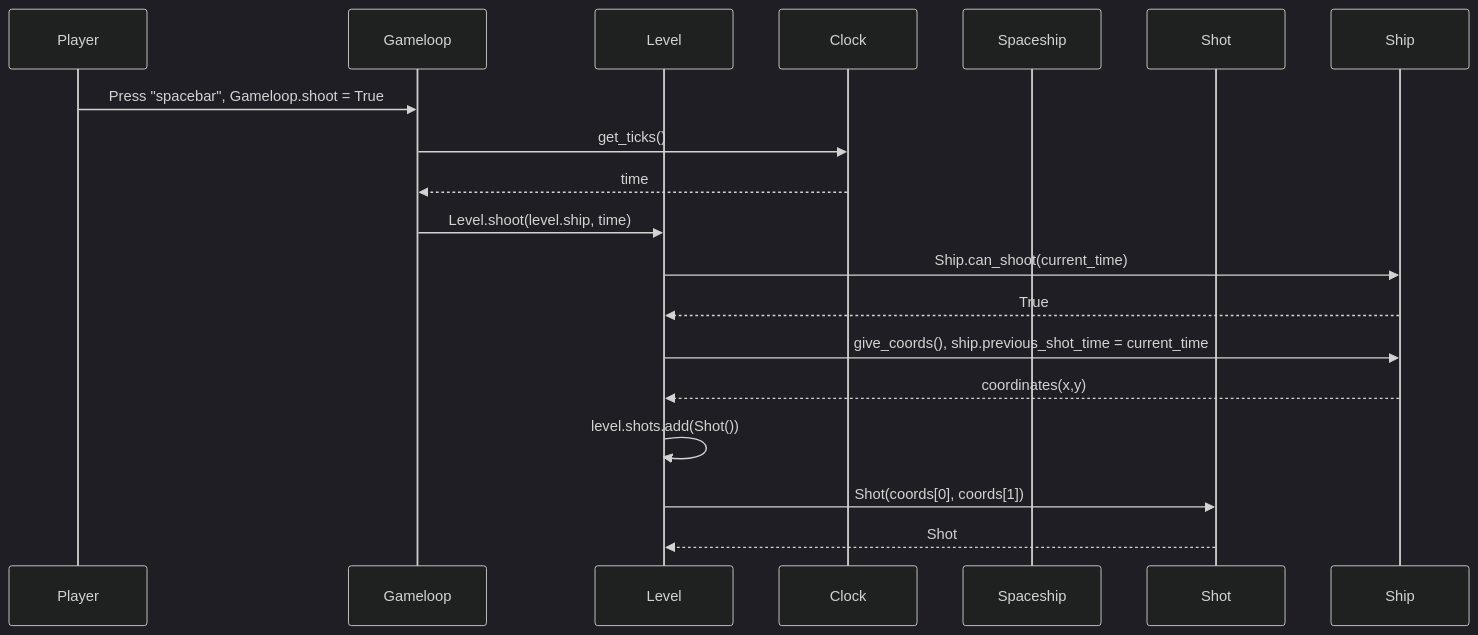
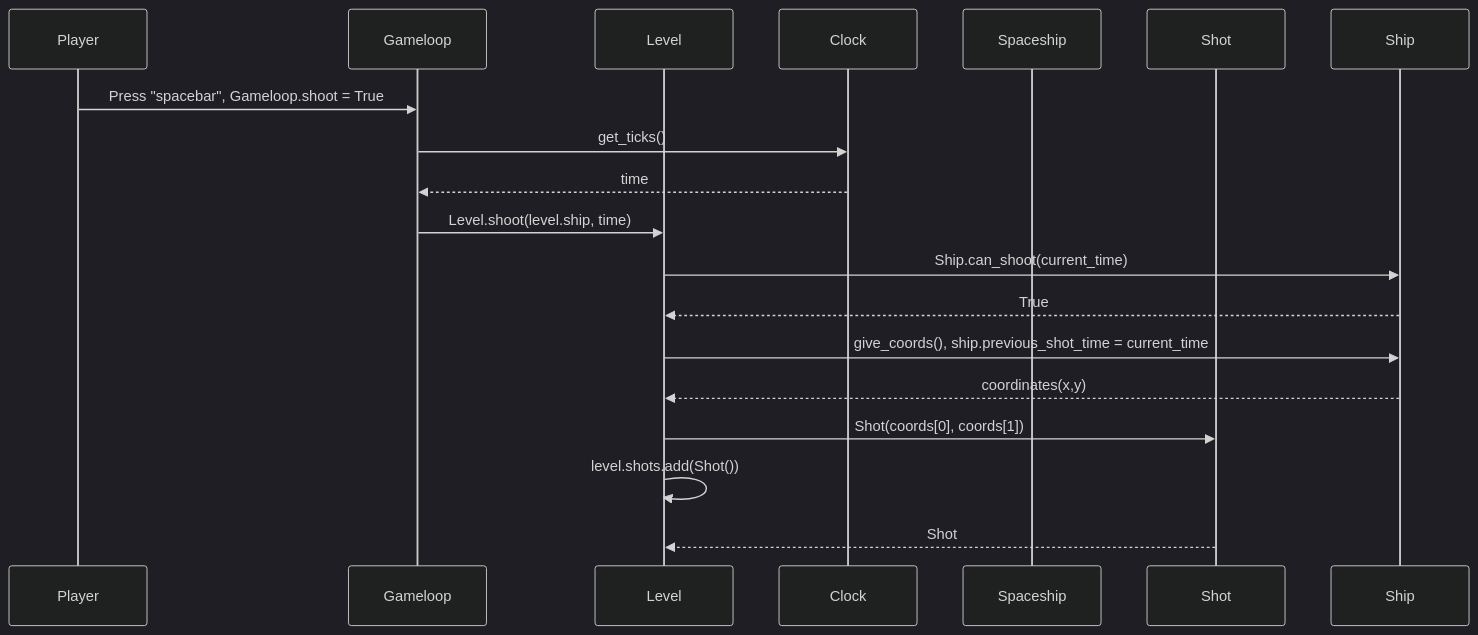
One commit to arolaeemil/ot-harjoitustyo changed the second of 2 diagrams in python-space-invaders/dokumentaatio/arkkitehtuuri.md. Above: the diagram before and after it, drawn with Mermaid (dark theme). The commit also changed other lines of this file, not shown here.

````diff
--- a/python-space-invaders/dokumentaatio/arkkitehtuuri.md
+++ b/python-space-invaders/dokumentaatio/arkkitehtuuri.md
@@ -37,22 +37,22 @@
 ```mermaid
  sequenceDiagram
   participant Player
   participant Gameloop
   participant Level
   participant Clock
   participant Spaceship
   participant Shot
 
   Player ->> Gameloop: Press "spacebar", Gameloop.shoot = True
   Gameloop ->> Clock: get_ticks()
   Clock -->> Gameloop: time
   Gameloop ->> Level: Level.shoot(level.ship, time)
   Level ->> Ship: Ship.can_shoot(current_time)
   Ship -->> Level: True
   Level ->> Ship: give_coords(), ship.previous_shot_time = current_time
   Ship -->> Level: coordinates(x,y)
+  Level ->> Shot: Shot(coords[0], coords[1])
   Level ->> Level: level.shots.add(Shot())
-  Level ->> Shot: Shot(coords[0], coords[1])
   Shot -->> Level: Shot
   
 ```
````
